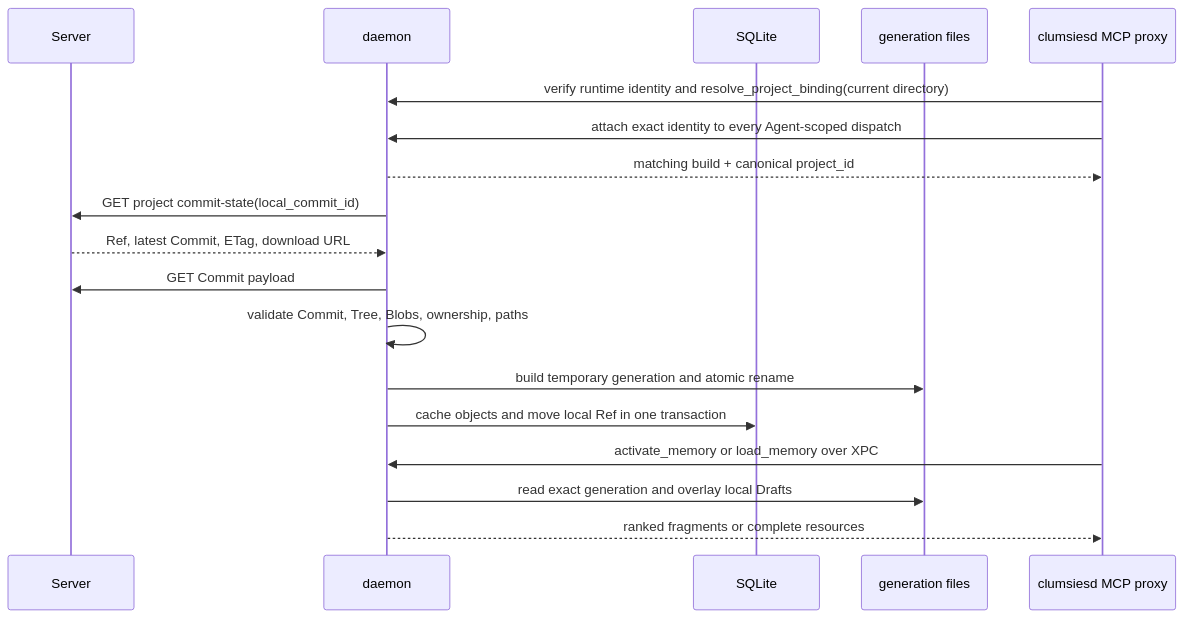
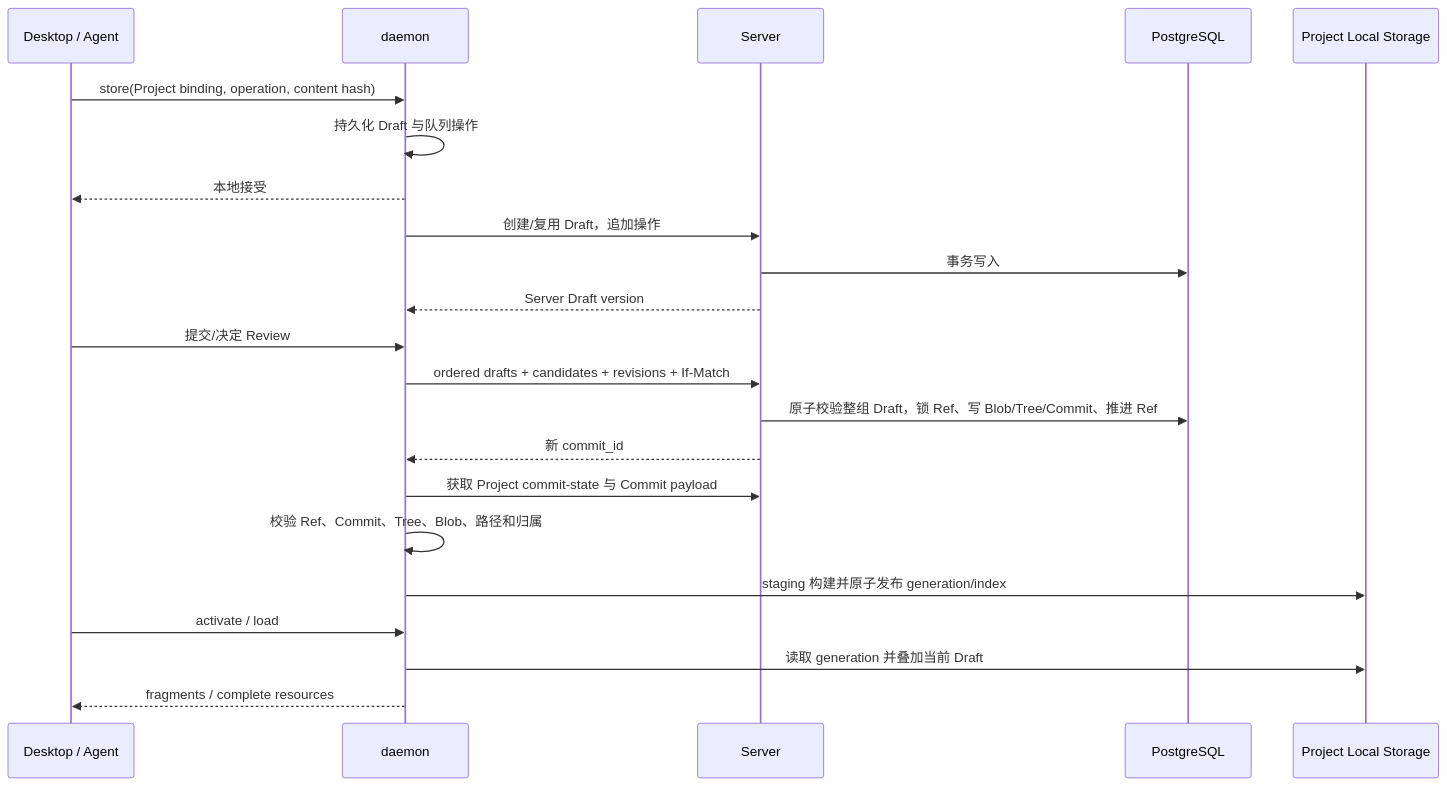
The third of 3 diagrams in docs/architecture.md (dylanwangeth/clumsies), drawn with Mermaid before and after one commit. The commit also changed other lines of this file and 42 other files, not shown here.

````diff
--- a/docs/architecture.md
+++ b/docs/architecture.md
@@ -112,21 +220,27 @@
 ```mermaid
 sequenceDiagram
+    participant C as Desktop / Agent
+    participant D as daemon
     participant S as Server
-    participant D as daemon
-    participant DB as SQLite
-    participant F as generation files
-    participant P as clumsiesd MCP proxy
+    participant DB as PostgreSQL
+    participant F as Project Local Storage
 
-    P->>D: verify runtime identity and resolve_project_binding(current directory)
-    P->>D: attach exact identity to every Agent-scoped dispatch
-    D-->>P: matching build + canonical project_id
-    D->>S: GET project commit-state(local_commit_id)
-    S-->>D: Ref, latest Commit, ETag, download URL
-    D->>S: GET Commit payload
-    D->>D: validate Commit, Tree, Blobs, ownership, paths
-    D->>F: build temporary generation and atomic rename
-    D->>DB: cache objects and move local Ref in one transaction
-    P->>D: activate_memory or load_memory over XPC
-    D->>F: read exact generation and overlay local Drafts
-    D-->>P: ranked fragments or complete resources
+    C->>D: store(Project binding, operation, content hash)
+    D->>D: 持久化 Draft 与队列操作
+    D-->>C: 本地接受
+    D->>S: 创建/复用 Draft，追加操作
+    S->>DB: 事务写入
+    S-->>D: Server Draft version
+
+    C->>D: 提交/决定 Review
+    D->>S: ordered drafts + candidates + revisions + If-Match
+    S->>DB: 原子校验整组 Draft，锁 Ref、写 Blob/Tree/Commit、推进 Ref
+    S-->>D: 新 commit_id
+
+    D->>S: 获取 Project commit-state 与 Commit payload
+    D->>D: 校验 Ref、Commit、Tree、Blob、路径和归属
+    D->>F: staging 构建并原子发布 generation/index
+    C->>D: activate / load
+    D->>F: 读取 generation 并叠加当前 Draft
+    D-->>C: fragments / complete resources
 ```
````
